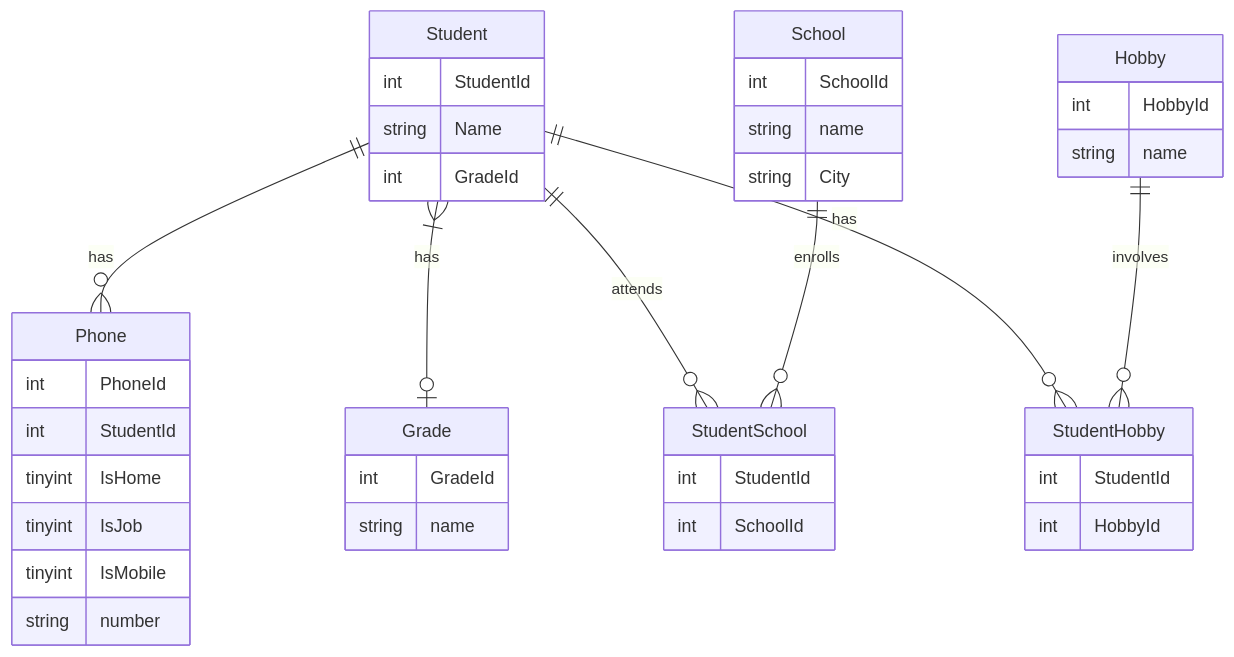
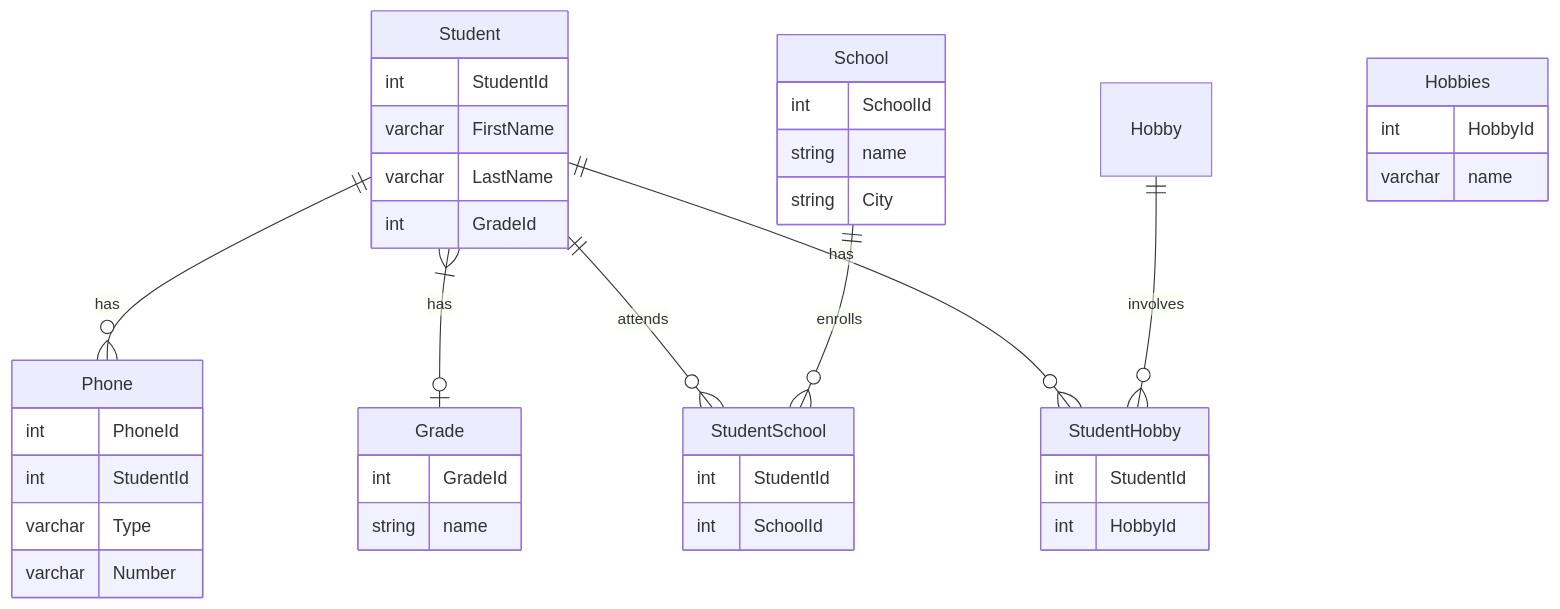
Before and after one commit to aeneidITHS/DB2022-Josef: the diagram in README.md, drawn with Mermaid.

````diff
--- a/README.md
+++ b/README.md
@@ -4,50 +4,49 @@
 ```mermaid
 erDiagram
     Student ||--o{ Phone : has
     Student }|--o| Grade : has
     Student ||--o{ StudentSchool : attends
     School ||--o{ StudentSchool : enrolls
     Student ||--o{ StudentHobby : has
     Hobby ||--o{ StudentHobby : involves
     
     
     Student {
         int StudentId
-        string Name
+        varchar FirstName
+	varchar LastName
         int GradeId
     }
     
     Phone {
         int PhoneId
         int StudentId
-        tinyint IsHome 
-        tinyint IsJob
-        tinyint IsMobile
-        string number
+        varchar Type
+	varchar Number
     }
     
     School {
         int SchoolId
         string name
         string City
     }
     
     StudentSchool {
         int StudentId
         int SchoolId
     }
     
-    Hobby {
+    Hobbies {
         int HobbyId
-        string name
+        varchar name
     }
     StudentHobby {
         int StudentId
         int HobbyId
     }
     
     Grade {
         int GradeId
         string name
     }
    ``` 
````
